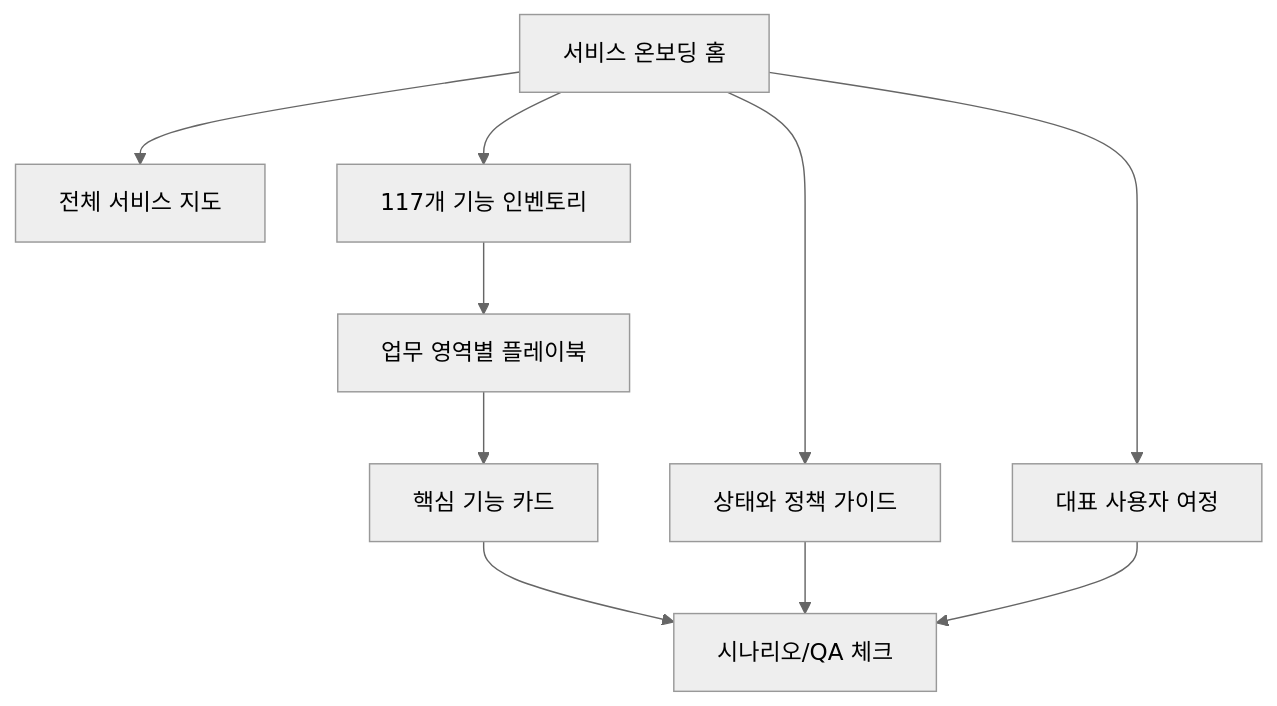
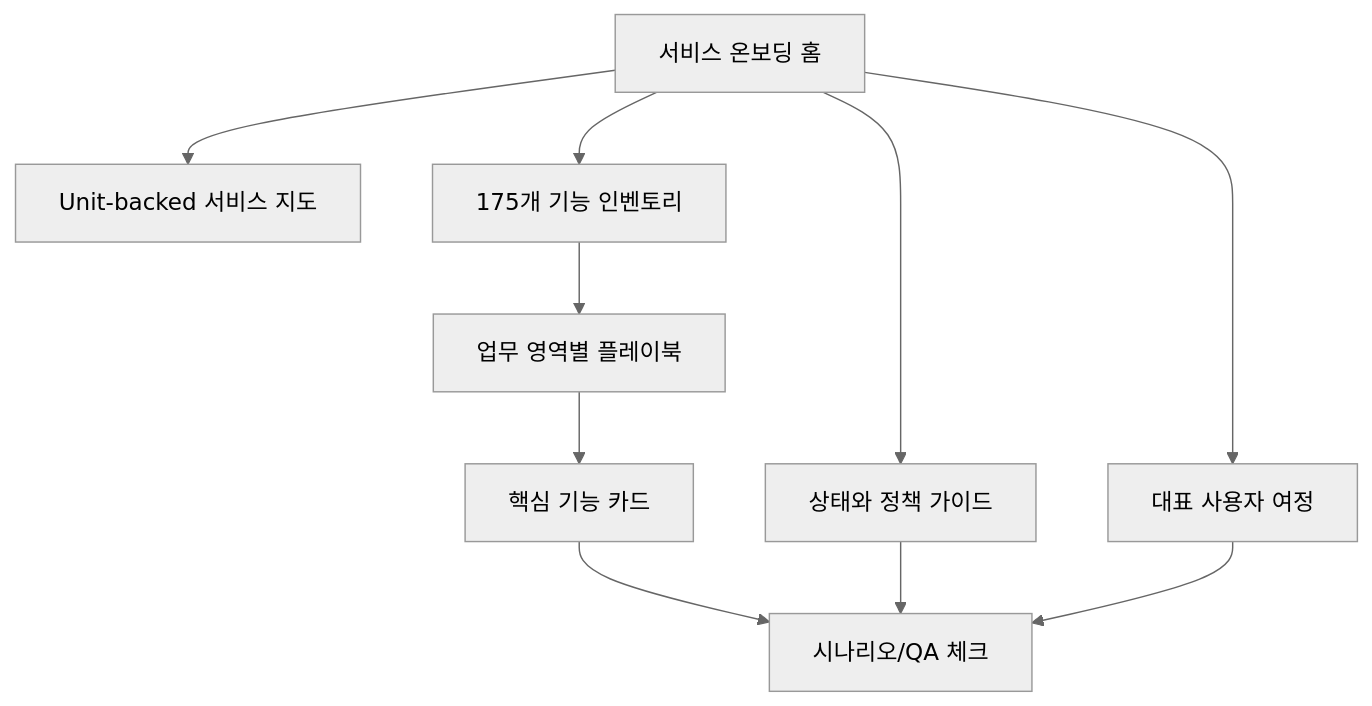
One commit to endside82/business_logic changed the second of 2 diagrams in planner_onboarding/10_planning_qa_checklist.md. Above: the diagram before and after it, drawn with Mermaid (neutral theme). The commit also changed other lines of this file and 183 other files, not shown here.

````diff
--- a/planner_onboarding/10_planning_qa_checklist.md
+++ b/planner_onboarding/10_planning_qa_checklist.md
@@ -150,12 +150,12 @@
 ```mermaid
 flowchart TD
-    A["서비스 온보딩 홈"] --> B["전체 서비스 지도"]
-    A --> C["117개 기능 인벤토리"]
+    A["서비스 온보딩 홈"] --> B["Unit-backed 서비스 지도"]
+    A --> C["175개 기능 인벤토리"]
     A --> D["대표 사용자 여정"]
     A --> E["상태와 정책 가이드"]
     C --> F["업무 영역별 플레이북"]
     F --> G["핵심 기능 카드"]
     G --> H["시나리오/QA 체크"]
     E --> H
     D --> H
 ```
````
